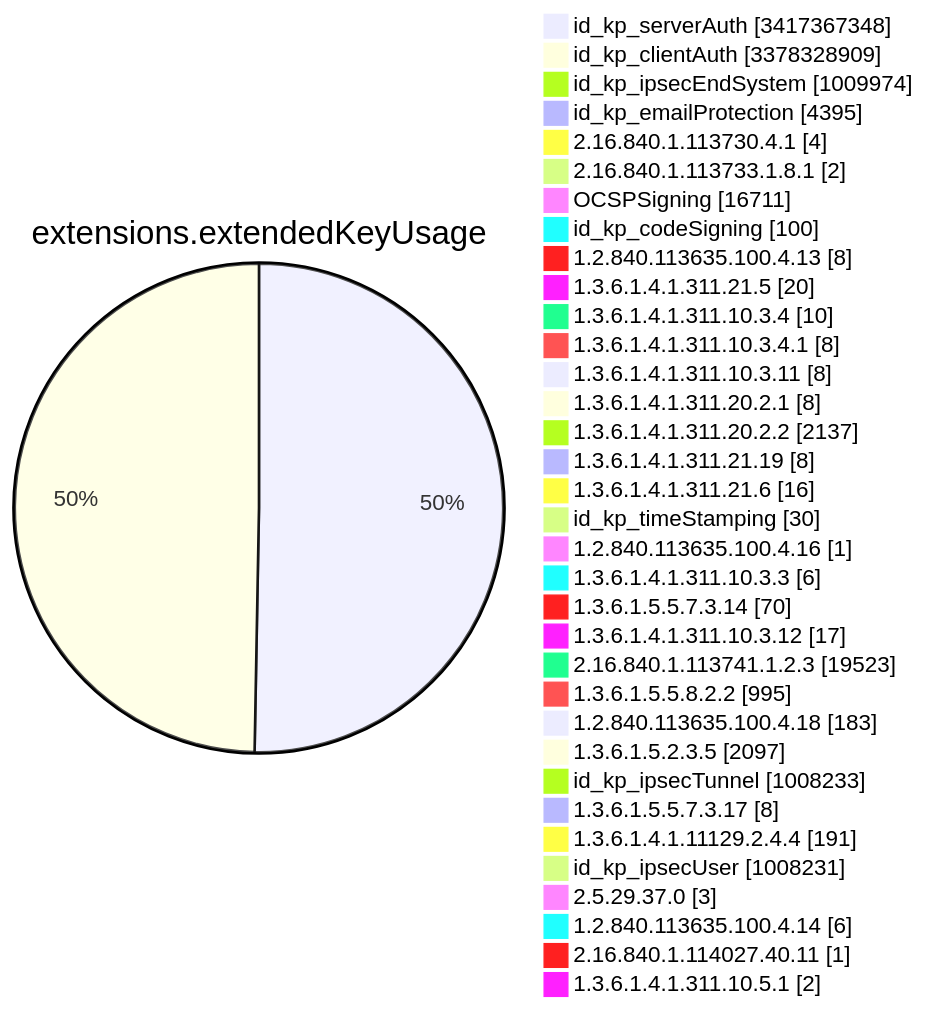
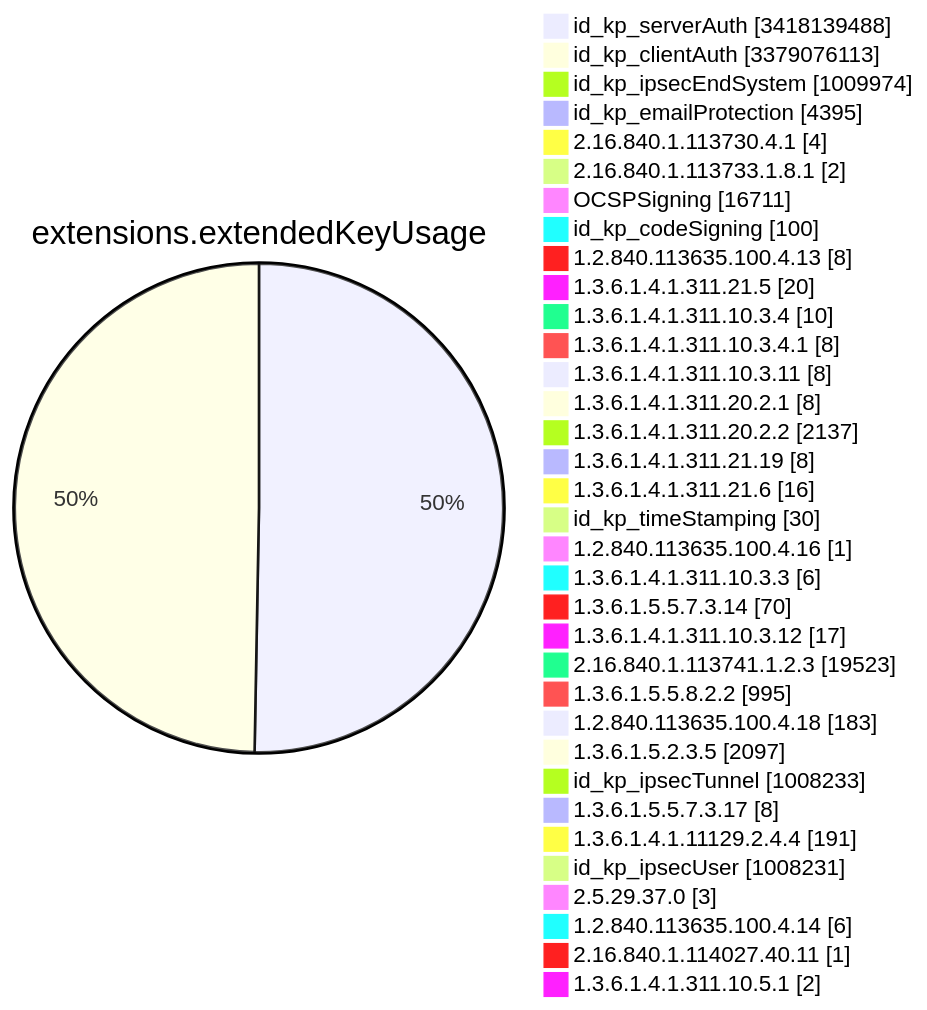
Diagram 11 of 15 in TOTAL/README.md (christiankrug/ctmonitor_visualization), drawn with Mermaid before and after one commit. The commit also changed other lines of this file, not shown here.

````diff
--- a/TOTAL/README.md
+++ b/TOTAL/README.md
@@ -4121,38 +4121,38 @@
 ```mermaid
 pie showData
 title extensions.extendedKeyUsage
-"id_kp_serverAuth" :3417367348
-"id_kp_clientAuth" :3378328909
+"id_kp_serverAuth" :3418139488
+"id_kp_clientAuth" :3379076113
 "id_kp_ipsecEndSystem" :1009974
 "id_kp_emailProtection" :4395
 "2.16.840.1.113730.4.1" :4
 "2.16.840.1.113733.1.8.1" :2
 "OCSPSigning" :16711
 "id_kp_codeSigning" :100
 "1.2.840.113635.100.4.13" :8
 "1.3.6.1.4.1.311.21.5" :20
 "1.3.6.1.4.1.311.10.3.4" :10
 "1.3.6.1.4.1.311.10.3.4.1" :8
 "1.3.6.1.4.1.311.10.3.11" :8
 "1.3.6.1.4.1.311.20.2.1" :8
 "1.3.6.1.4.1.311.20.2.2" :2137
 "1.3.6.1.4.1.311.21.19" :8
 "1.3.6.1.4.1.311.21.6" :16
 "id_kp_timeStamping" :30
 "1.2.840.113635.100.4.16" :1
 "1.3.6.1.4.1.311.10.3.3" :6
 "1.3.6.1.5.5.7.3.14" :70
 "1.3.6.1.4.1.311.10.3.12" :17
 "2.16.840.1.113741.1.2.3" :19523
 "1.3.6.1.5.5.8.2.2" :995
 "1.2.840.113635.100.4.18" :183
 "1.3.6.1.5.2.3.5" :2097
 "id_kp_ipsecTunnel" :1008233
 "1.3.6.1.5.5.7.3.17" :8
 "1.3.6.1.4.1.11129.2.4.4" :191
 "id_kp_ipsecUser" :1008231
 "2.5.29.37.0" :3
 "1.2.840.113635.100.4.14" :6
 "2.16.840.1.114027.40.11" :1
 "1.3.6.1.4.1.311.10.5.1" :2
 ```
````
